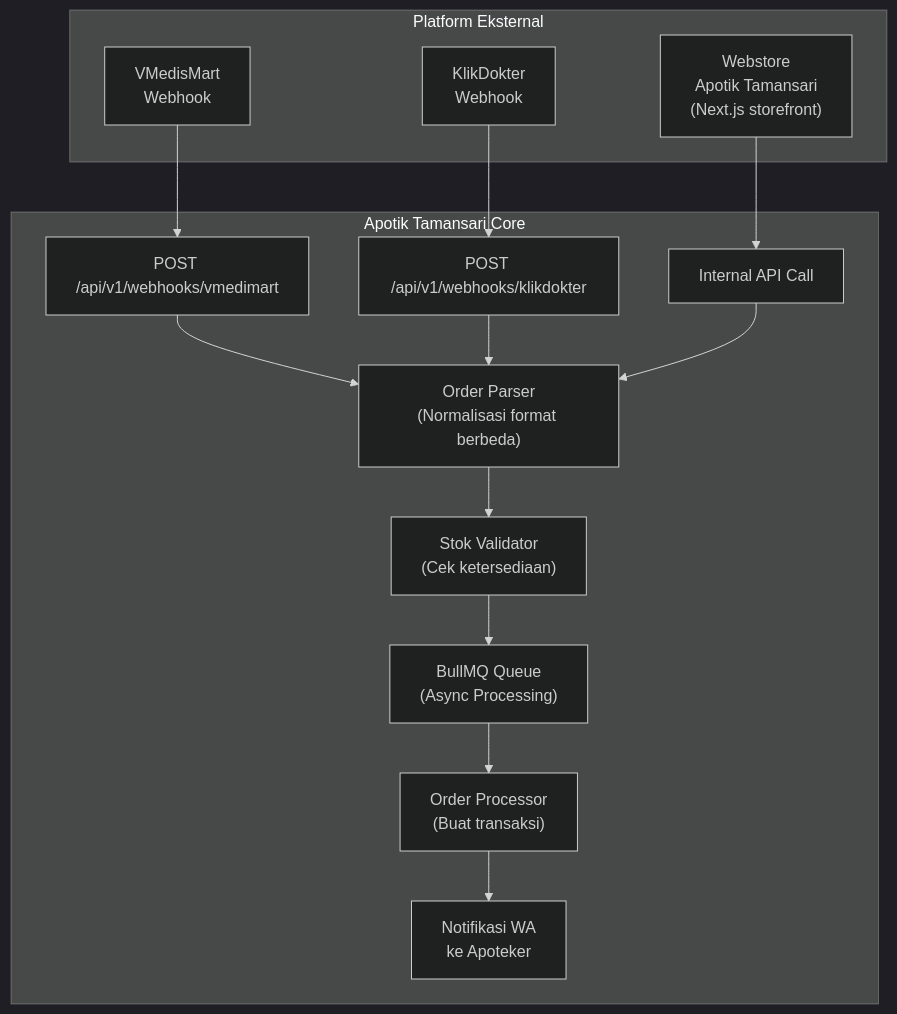
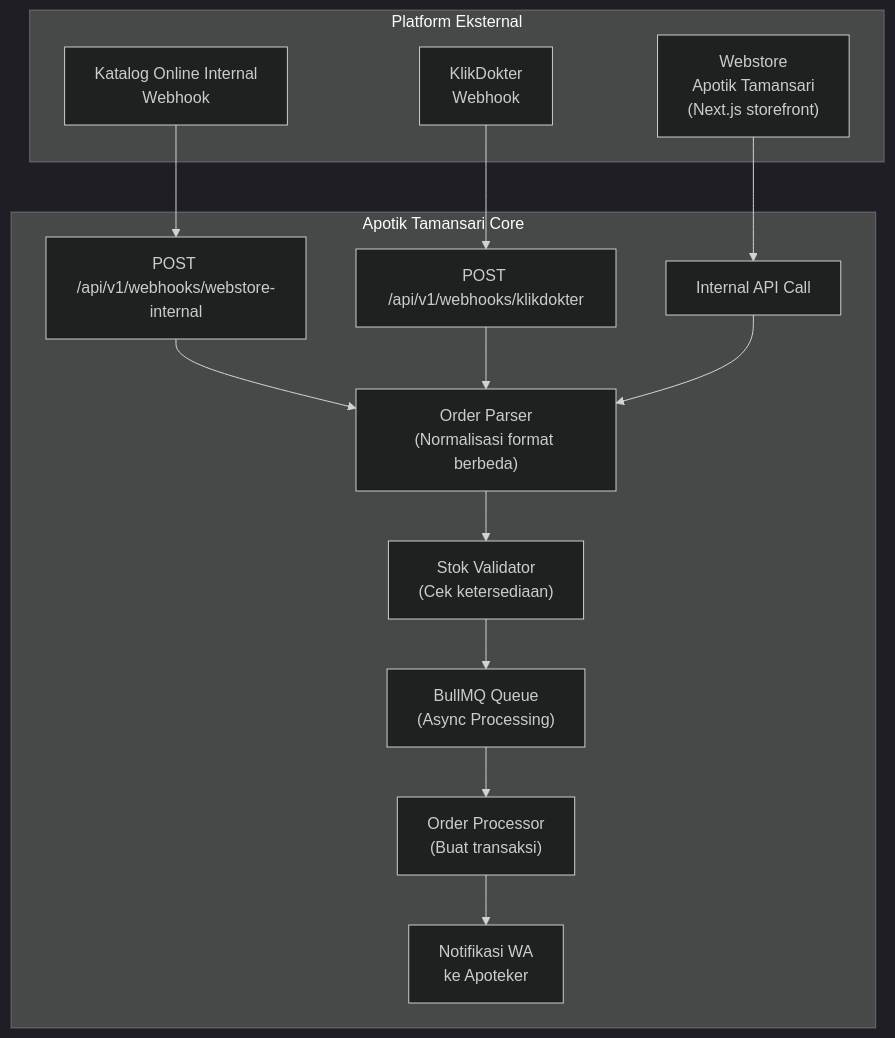
Before and after one commit to AsrulIchsan/gigins-business-centre: the eighth of 10 diagrams in ARCHITECTURE.md, drawn with Mermaid (dark theme). The commit also changed other lines of this file and 19 other files, not shown here.

````diff
--- a/ARCHITECTURE.md
+++ b/ARCHITECTURE.md
@@ -1590,31 +1590,31 @@
 ```mermaid
 flowchart TD
     subgraph Eksternal["Platform Eksternal"]
-        VM["VMedisMart\nWebhook"]
+        VM["Katalog Online Internal\nWebhook"]
         KD["KlikDokter\nWebhook"]
         WS["Webstore\nApotik Tamansari\n(Next.js storefront)"]
     end
 
     subgraph Sistem["Apotik Tamansari Core"]
-        WH_VM["POST /api/v1/webhooks/vmedimart"]
+        WH_VM["POST /api/v1/webhooks/webstore-internal"]
         WH_KD["POST /api/v1/webhooks/klikdokter"]
         WH_WS["Internal API Call"]
         
         PARSER["Order Parser\n(Normalisasi format berbeda)"]
         VALIDATOR["Stok Validator\n(Cek ketersediaan)"]
         QUEUE["BullMQ Queue\n(Async Processing)"]
         ORDER_PROC["Order Processor\n(Buat transaksi)"]
         
         WH_VM --> PARSER
         WH_KD --> PARSER
         WH_WS --> PARSER
         PARSER --> VALIDATOR
         VALIDATOR --> QUEUE
         QUEUE --> ORDER_PROC
         ORDER_PROC --> NOTIF["Notifikasi WA\nke Apoteker"]
     end
 
     VM --> WH_VM
     KD --> WH_KD
     WS --> WH_WS
 ```
````
